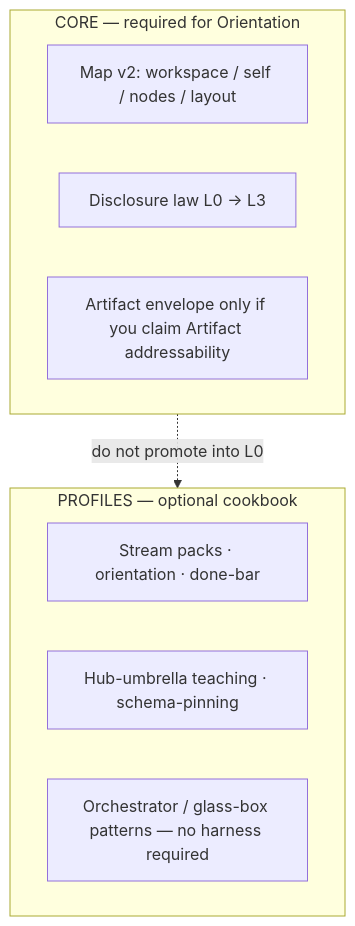
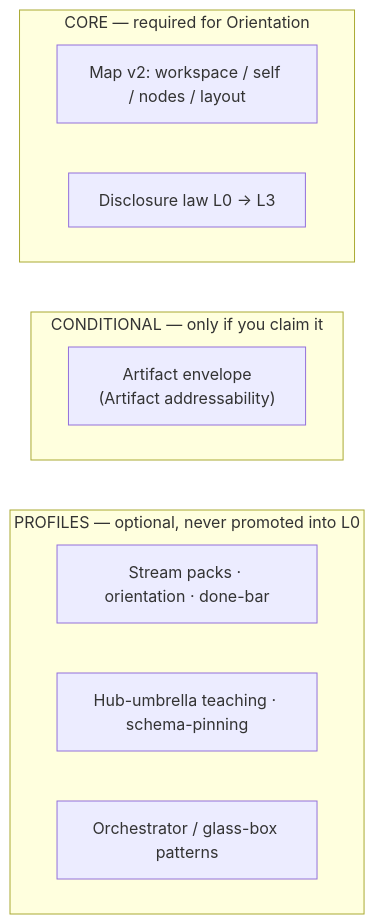
One commit to gitpash/agent-artifact-protocol changed the fifth of 5 diagrams in README.md. Above: the diagram before and after it, drawn with Mermaid. The commit also changed other lines of this file, not shown here.

First line of the commit message:
docs(readme): apply review — diagram honesty + section order

````diff
--- a/README.md
+++ b/README.md
@@ -168,14 +187,20 @@
 ```mermaid
 flowchart TB
-  subgraph core [CORE — required for Orientation]
-    C1[Map v2: workspace / self / nodes / layout]
-    C2[Disclosure law L0 → L3]
-    C3[Artifact envelope only if you claim Artifact addressability]
+  subgraph core ["CORE — required for Orientation"]
+    C1["Map v2: workspace / self / nodes / layout"]
+    C2["Disclosure law L0 → L3"]
   end
-  subgraph prof [PROFILES — optional cookbook]
-    P1[Stream packs · orientation · done-bar]
-    P2[Hub-umbrella teaching · schema-pinning]
-    P3[Orchestrator / glass-box patterns — no harness required]
+
+  subgraph cond ["CONDITIONAL — only if you claim it"]
+    C3["Artifact envelope<br/>(Artifact addressability)"]
   end
-  core -.->|do not promote into L0| prof
+
+  subgraph prof ["PROFILES — optional, never promoted into L0"]
+    P1["Stream packs · orientation · done-bar"]
+    P2["Hub-umbrella teaching · schema-pinning"]
+    P3["Orchestrator / glass-box patterns"]
+  end
+
+  core ~~~ cond
+  cond ~~~ prof
 ```
````
